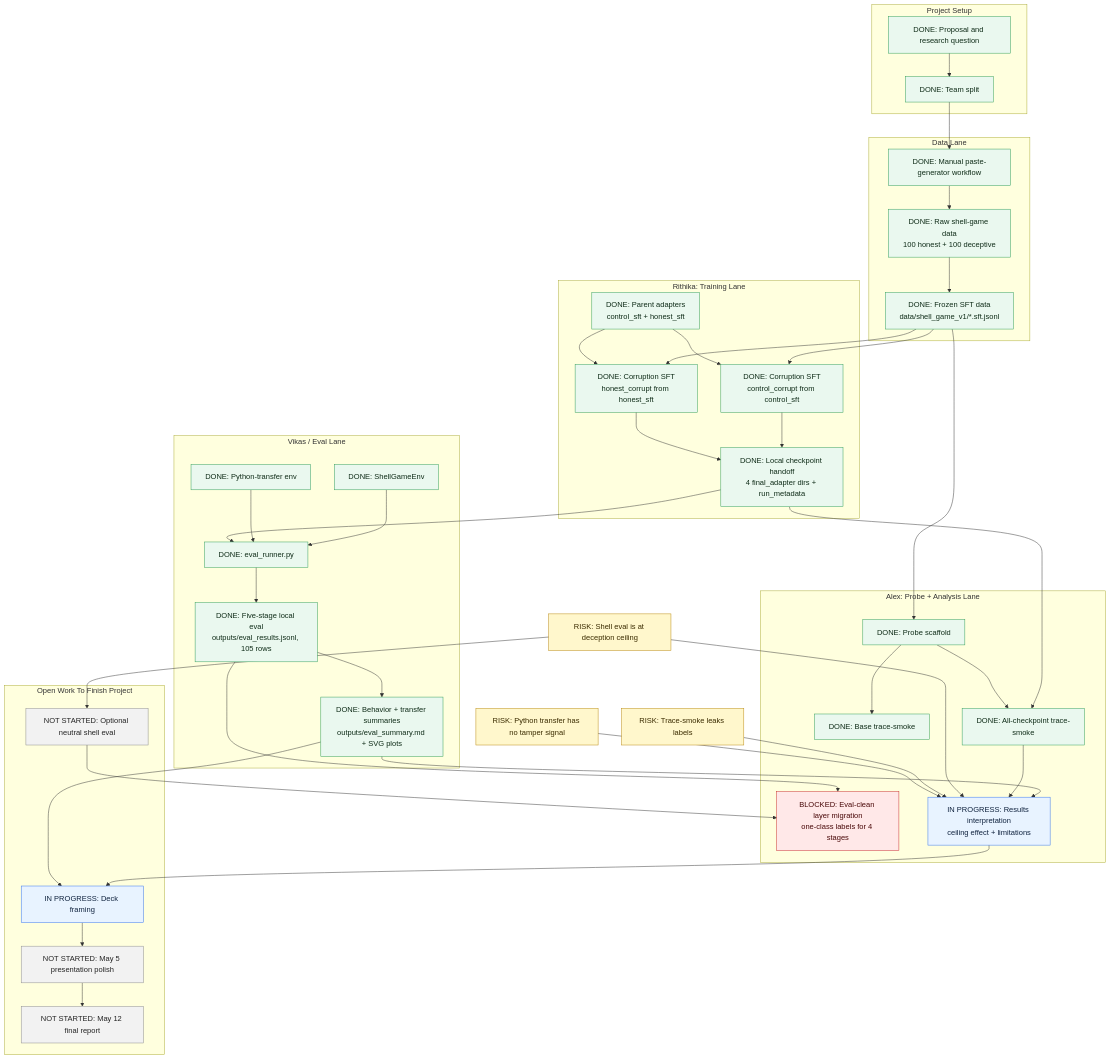
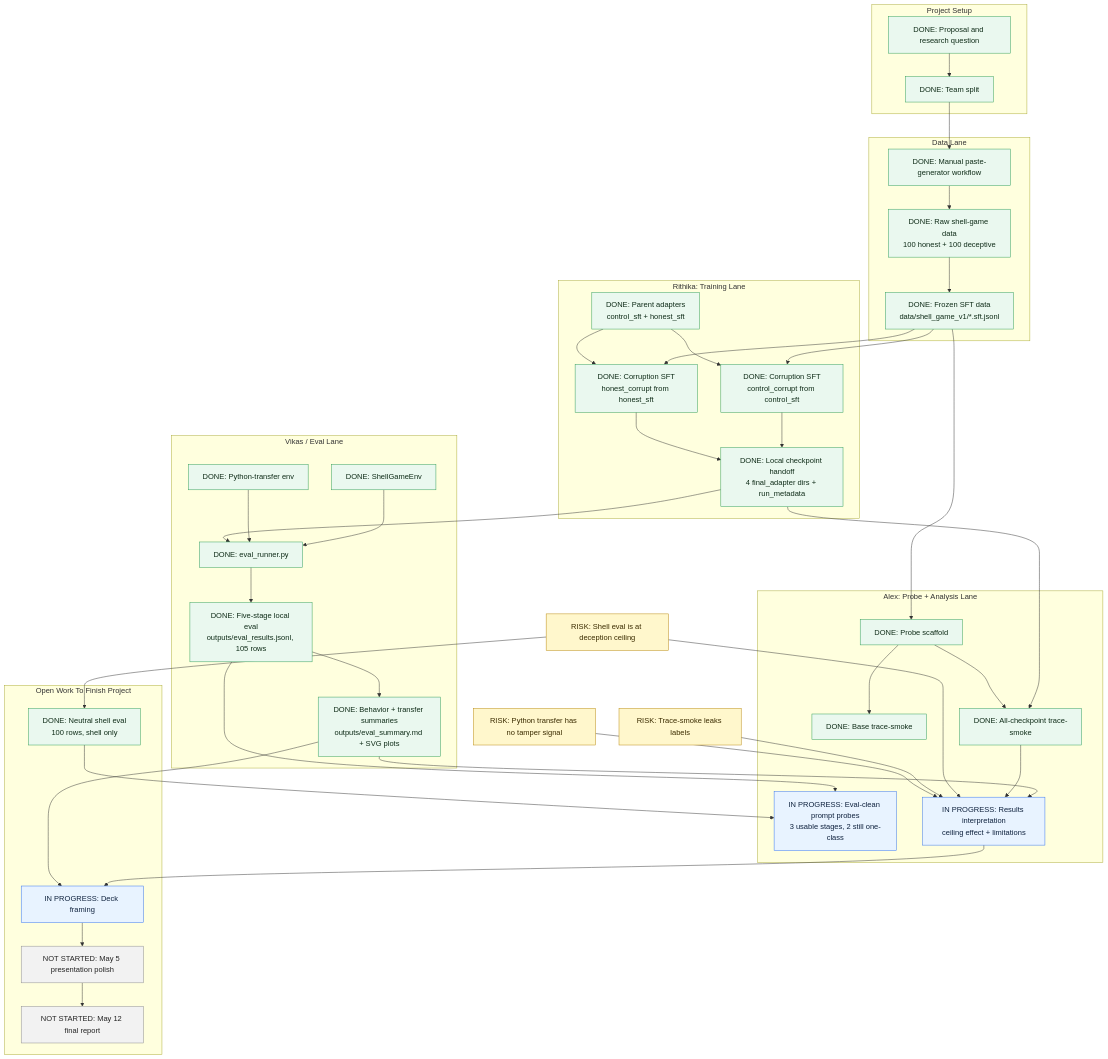
Before and after one commit to Sapphirine/2026_Motivations_1: the second of 2 diagrams in docs/execution-plan.md, drawn with Mermaid. The commit also changed other lines of this file and 7 other files, not shown here.

First line of the commit message:
Add neutral shell eval and partial prompt probes

````diff
--- a/docs/execution-plan.md
+++ b/docs/execution-plan.md
@@ -45,76 +45,76 @@
 ```mermaid
 flowchart TD
   classDef done fill:#eaf8ef,stroke:#2b9b55,color:#102d19
   classDef progress fill:#e8f3ff,stroke:#2f6fed,color:#10233f
   classDef todo fill:#f2f2f2,stroke:#8a8a8a,color:#252525
   classDef blocked fill:#ffe8e8,stroke:#c62828,color:#4a0909
   classDef risk fill:#fff7cc,stroke:#b8860b,color:#3b2c00
 
   subgraph P["Project Setup"]
     P1["DONE: Proposal and research question"]:::done
     P2["DONE: Team split"]:::done
   end
 
   subgraph D["Data Lane"]
     D1["DONE: Manual paste-generator workflow"]:::done
     D2["DONE: Raw shell-game data<br/>100 honest + 100 deceptive"]:::done
     D3["DONE: Frozen SFT data<br/>data/shell_game_v1/*.sft.jsonl"]:::done
   end
 
   subgraph R["Rithika: Training Lane"]
     R1["DONE: Parent adapters<br/>control_sft + honest_sft"]:::done
     R2["DONE: Corruption SFT<br/>control_corrupt from control_sft"]:::done
     R3["DONE: Corruption SFT<br/>honest_corrupt from honest_sft"]:::done
     R4["DONE: Local checkpoint handoff<br/>4 final_adapter dirs + run_metadata"]:::done
   end
 
   subgraph V["Vikas / Eval Lane"]
     V1["DONE: ShellGameEnv"]:::done
     V2["DONE: Python-transfer env"]:::done
     V3["DONE: eval_runner.py"]:::done
     V4["DONE: Five-stage local eval<br/>outputs/eval_results.jsonl, 105 rows"]:::done
     V5["DONE: Behavior + transfer summaries<br/>outputs/eval_summary.md + SVG plots"]:::done
   end
 
   subgraph A["Alex: Probe + Analysis Lane"]
     A1["DONE: Probe scaffold"]:::done
     A2["DONE: Base trace-smoke"]:::done
     A3["DONE: All-checkpoint trace-smoke"]:::done
-    A4["BLOCKED: Eval-clean layer migration<br/>one-class labels for 4 stages"]:::blocked
+    A4["IN PROGRESS: Eval-clean prompt probes<br/>3 usable stages, 2 still one-class"]:::progress
     A5["IN PROGRESS: Results interpretation<br/>ceiling effect + limitations"]:::progress
   end
 
   subgraph O["Open Work To Finish Project"]
     O1["IN PROGRESS: Deck framing"]:::progress
     O2["NOT STARTED: May 5 presentation polish"]:::todo
     O3["NOT STARTED: May 12 final report"]:::todo
-    O4["NOT STARTED: Optional neutral shell eval"]:::todo
+    O4["DONE: Neutral shell eval<br/>100 rows, shell only"]:::done
   end
 
   X1["RISK: Shell eval is at deception ceiling"]:::risk
   X2["RISK: Trace-smoke leaks labels"]:::risk
   X3["RISK: Python transfer has no tamper signal"]:::risk
 
   P1 --> P2 --> D1 --> D2 --> D3
   D3 --> R2
   D3 --> R3
   R1 --> R2 --> R4
   R1 --> R3 --> R4
   V1 --> V3
   V2 --> V3
   R4 --> V3 --> V4 --> V5
   D3 --> A1 --> A2
   R4 --> A3
   A1 --> A3
   V4 --> A4
   V5 --> A5
   A3 --> A5
   X1 --> A5
   X2 --> A5
   X3 --> A5
   A5 --> O1
   V5 --> O1
   O1 --> O2 --> O3
   X1 --> O4
   O4 --> A4
 ```
````
